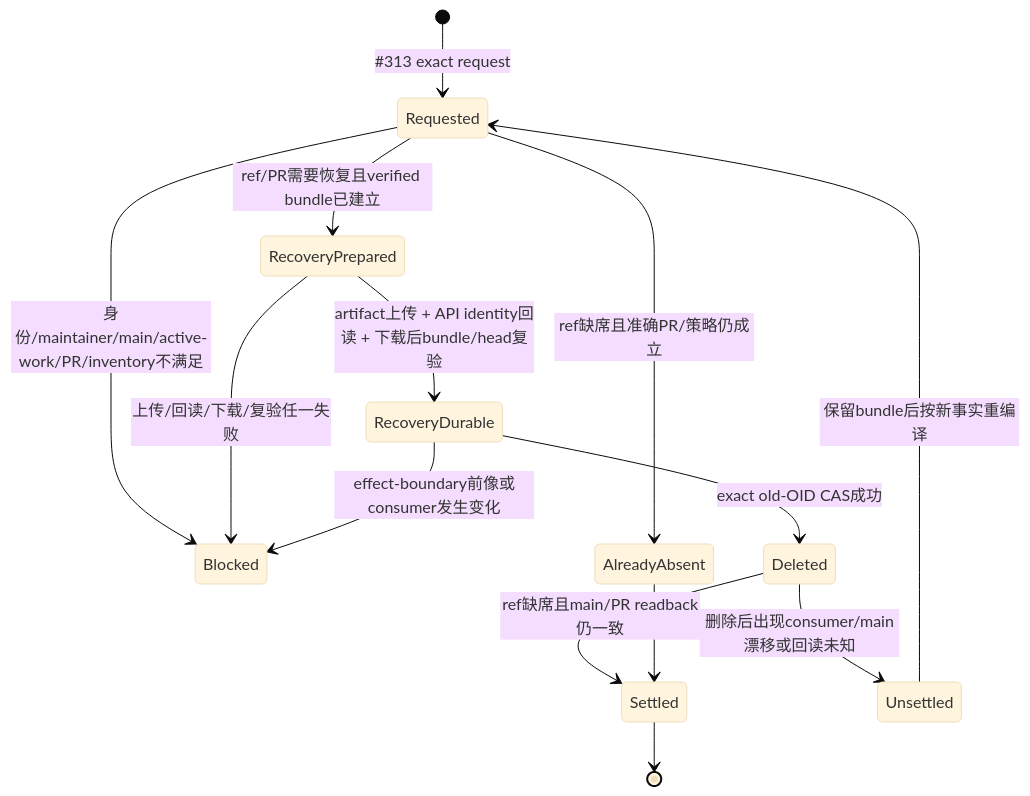
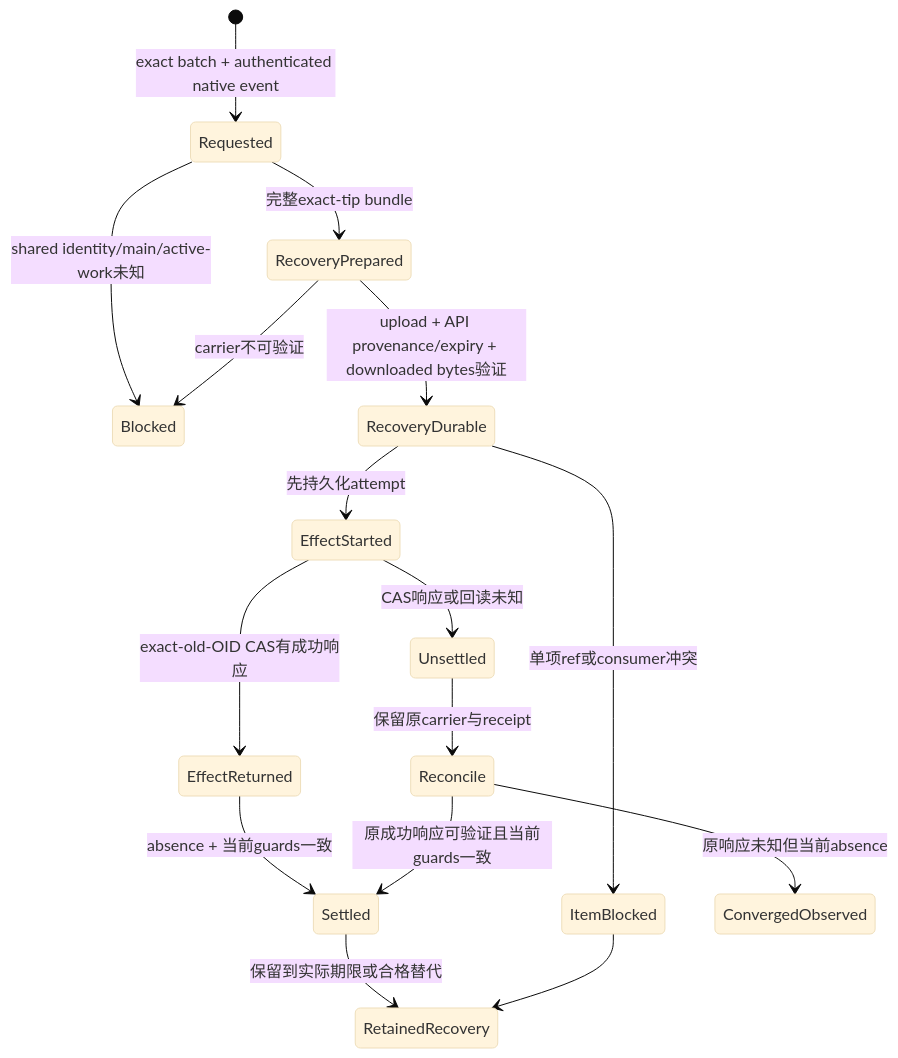
One commit to sec-platform/sec changed the tenth of 11 diagrams in docs/开发/AI协作/规则装载与任务恢复.md. Above: the diagram before and after it, drawn with Mermaid (base theme). The commit also changed other lines of this file and 36 other files, not shown here.

````diff
--- a/docs/开发/AI协作/规则装载与任务恢复.md
+++ b/docs/开发/AI协作/规则装载与任务恢复.md
@@ -487,16 +497,18 @@
 ```mermaid
 stateDiagram-v2
-  [*] --> Requested: #313 exact request
-  Requested --> Blocked: 身份/maintainer/main/active-work/PR/inventory不满足
-  Requested --> AlreadyAbsent: ref缺席且准确PR/策略仍成立
-  Requested --> RecoveryPrepared: ref/PR需要恢复且verified bundle已建立
-  RecoveryPrepared --> RecoveryDurable: artifact上传 + API identity回读 + 下载后bundle/head复验
-  RecoveryPrepared --> Blocked: 上传/回读/下载/复验任一失败
-  RecoveryDurable --> Blocked: effect-boundary前像或consumer发生变化
-  RecoveryDurable --> Deleted: exact old-OID CAS成功
-  Deleted --> Settled: ref缺席且main/PR readback仍一致
-  Deleted --> Unsettled: 删除后出现consumer/main漂移或回读未知
-  Unsettled --> Requested: 保留bundle后按新事实重编译
-  AlreadyAbsent --> Settled
-  Settled --> [*]
+  [*] --> Requested: exact batch + authenticated native event
+  Requested --> Blocked: shared identity/main/active-work未知
+  Requested --> RecoveryPrepared: 完整exact-tip bundle
+  RecoveryPrepared --> RecoveryDurable: upload + API provenance/expiry + downloaded bytes验证
+  RecoveryPrepared --> Blocked: carrier不可验证
+  RecoveryDurable --> ItemBlocked: 单项ref或consumer冲突
+  RecoveryDurable --> EffectStarted: 先持久化attempt
+  EffectStarted --> EffectReturned: exact-old-OID CAS有成功响应
+  EffectReturned --> Settled: absence + 当前guards一致
+  EffectStarted --> Unsettled: CAS响应或回读未知
+  Unsettled --> Reconcile: 保留原carrier与receipt
+  Reconcile --> ConvergedObserved: 原响应未知但当前absence
+  Reconcile --> Settled: 原成功响应可验证且当前guards一致
+  Settled --> RetainedRecovery: 保留到实际期限或合格替代
+  ItemBlocked --> RetainedRecovery
 ```
````
